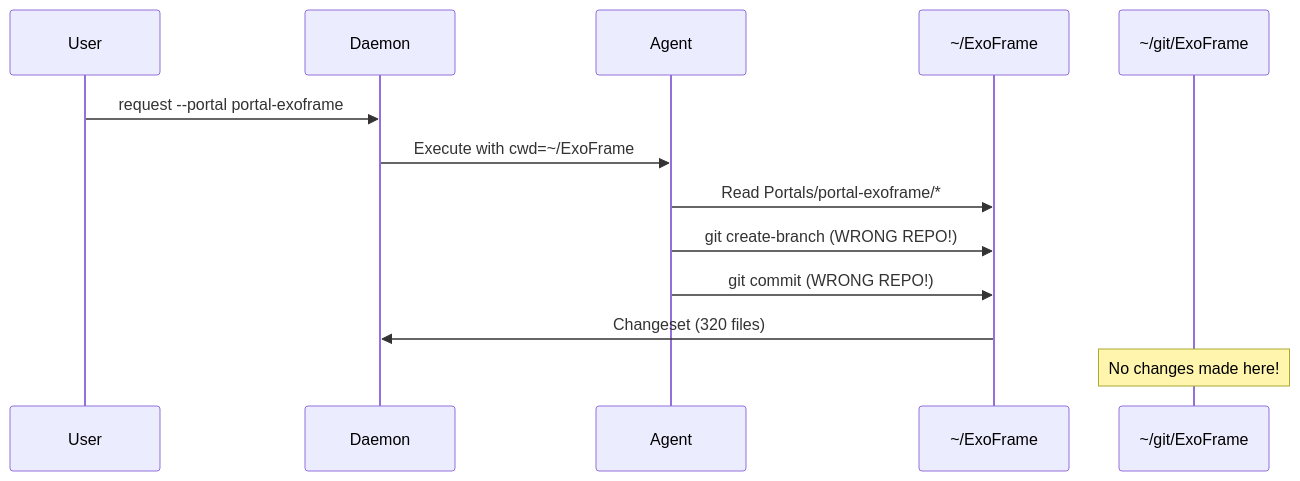
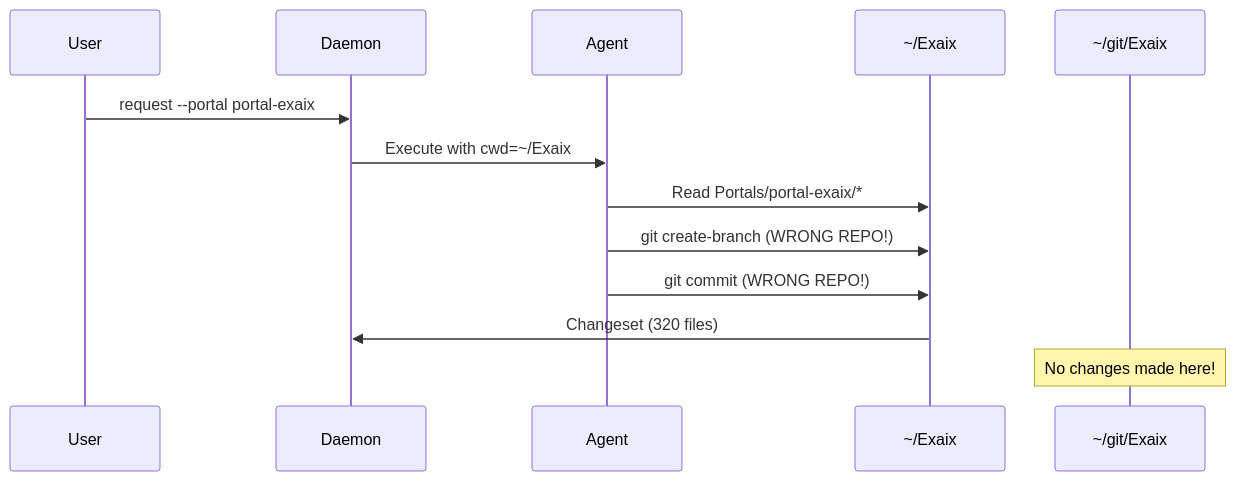
Before and after one commit to dostark/exaix-public: the first of 2 diagrams in .copilot/planning/phase-35-portal-workspace-integration.md, drawn with Mermaid. The commit also changed other lines of this file and 664 other files, not shown here.

First line of the commit message:
refactor(rebranding): rename ExoFrame to Exaix across entire codebase

````diff
--- a/.copilot/planning/phase-35-portal-workspace-integration.md
+++ b/.copilot/planning/phase-35-portal-workspace-integration.md
@@ -160,16 +160,16 @@
 ```mermaid
 sequenceDiagram
     participant User
     participant Daemon
     participant Agent
-    participant DeployedWS as ~/ExoFrame
-    participant Portal as ~/git/ExoFrame
+    participant DeployedWS as ~/Exaix
+    participant Portal as ~/git/Exaix
 
-    User->>Daemon: request --portal portal-exoframe
-    Daemon->>Agent: Execute with cwd=~/ExoFrame
-    Agent->>DeployedWS: Read Portals/portal-exoframe/*
+    User->>Daemon: request --portal portal-exaix
+    Daemon->>Agent: Execute with cwd=~/Exaix
+    Agent->>DeployedWS: Read Portals/portal-exaix/*
     Agent->>DeployedWS: git create-branch (WRONG REPO!)
     Agent->>DeployedWS: git commit (WRONG REPO!)
     DeployedWS->>Daemon: Changeset (320 files)
     Note over Portal: No changes made here!
 ```
````
